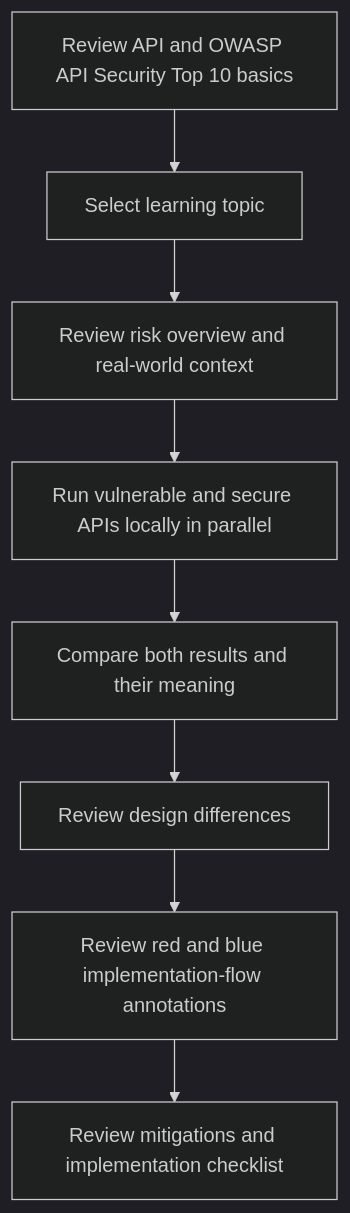
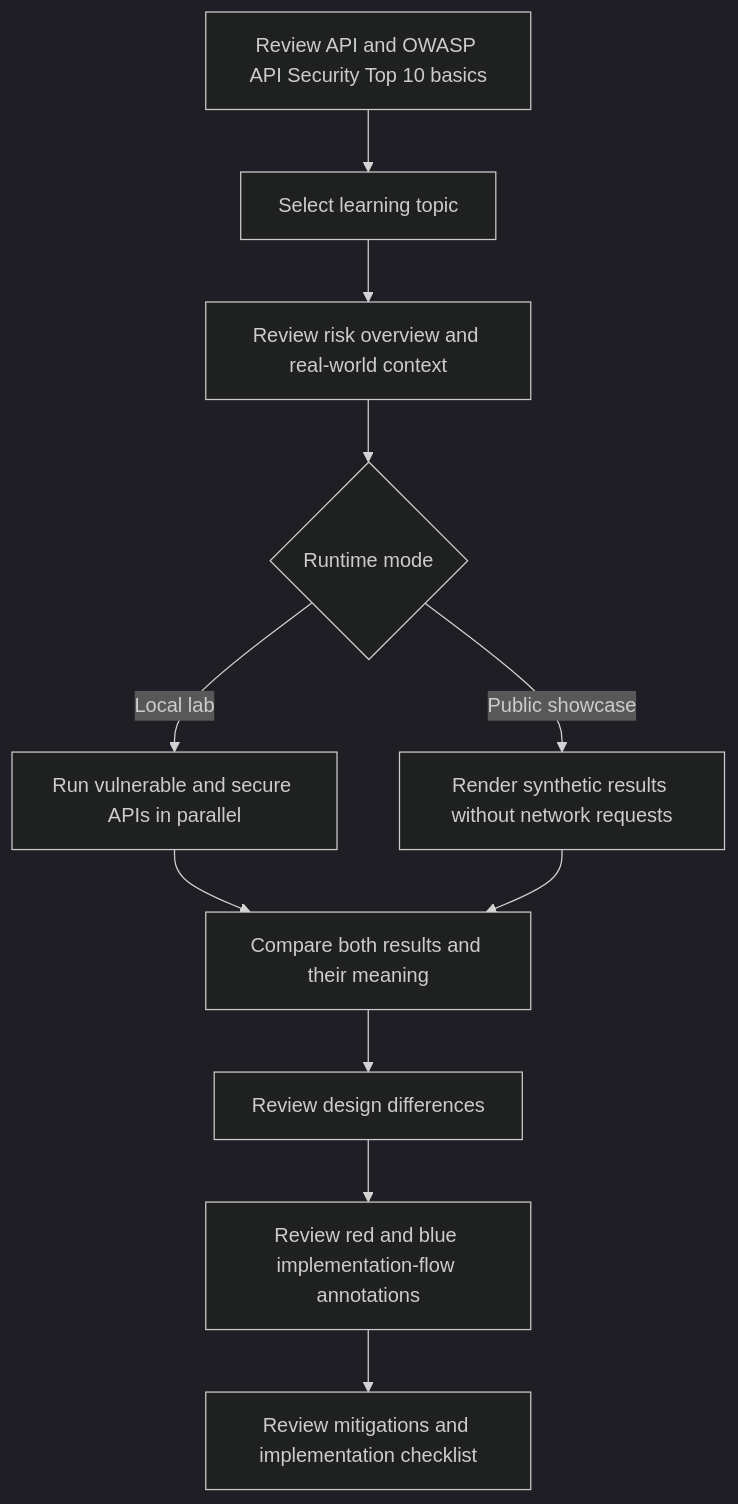
Before and after one commit to kiryu1211/api-security-lab-platform: the diagram in docs/proposal.en.md, drawn with Mermaid (dark theme). The commit also changed other lines of this file and 22 other files, not shown here.

````diff
--- a/docs/proposal.en.md
+++ b/docs/proposal.en.md
@@ -37,10 +38,13 @@
 ```mermaid
 flowchart TD
     A[Review API and OWASP API Security Top 10 basics] --> B[Select learning topic]
     B --> C[Review risk overview and real-world context]
-    C --> D[Run vulnerable and secure APIs locally in parallel]
-    D --> E[Compare both results and their meaning]
-    E --> F[Review design differences]
-    F --> G[Review red and blue implementation-flow annotations]
-    G --> H[Review mitigations and implementation checklist]
+    C --> D{Runtime mode}
+    D -- Local lab --> E[Run vulnerable and secure APIs in parallel]
+    D -- Public showcase --> F[Render synthetic results without network requests]
+    E --> G[Compare both results and their meaning]
+    F --> G
+    G --> H[Review design differences]
+    H --> I[Review red and blue implementation-flow annotations]
+    I --> J[Review mitigations and implementation checklist]
 ```
````
